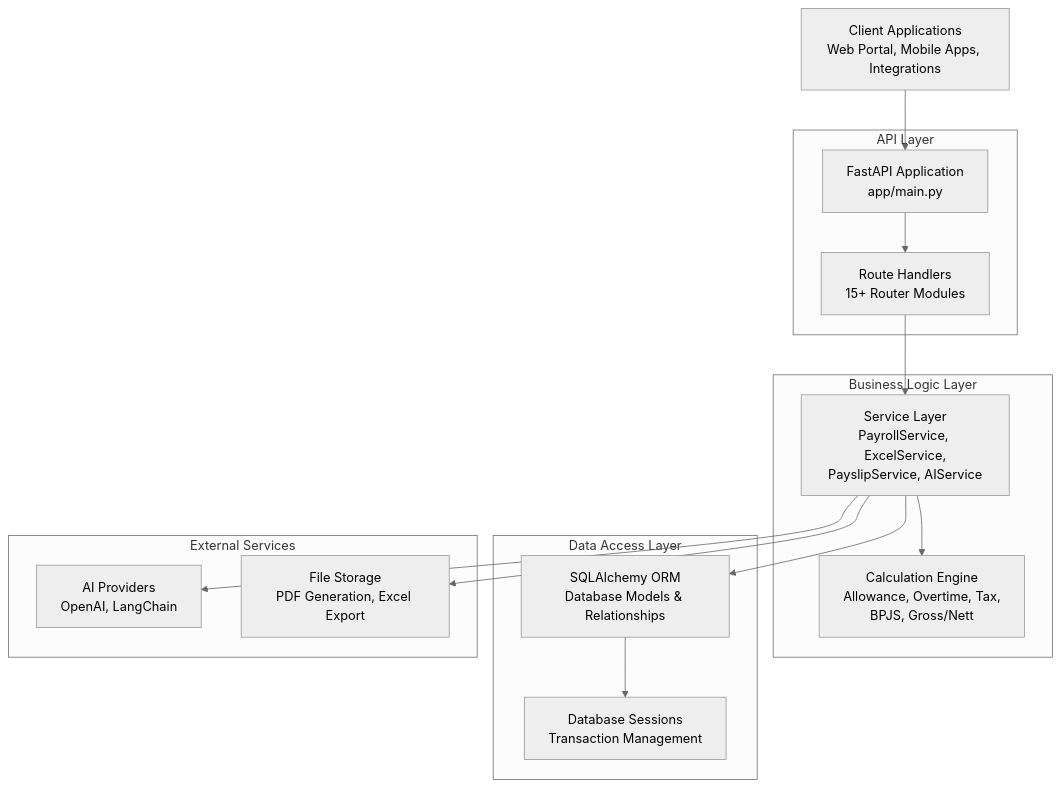
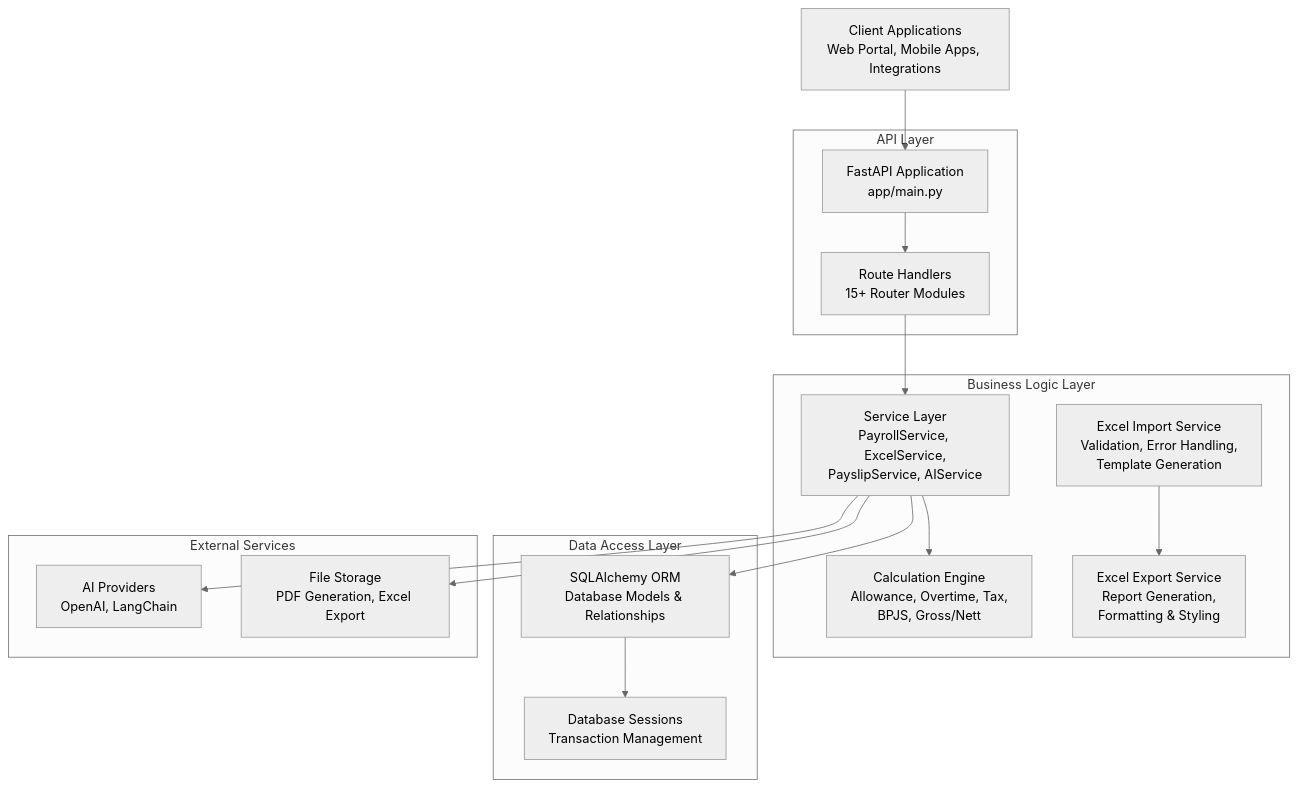
Before and after one commit to bikinaplikasipakeqoder-dot/payroll-hris: the second of 9 diagrams in .qoder/repowiki/en/content/API Reference.md, drawn with Mermaid (neutral theme). The commit also changed other lines of this file and 12 other files, not shown here.

````diff
--- a/.qoder/repowiki/en/content/API Reference.md
+++ b/.qoder/repowiki/en/content/API Reference.md
@@ -128,28 +132,31 @@
 ```mermaid
 graph TB
 Client["Client Applications<br/>Web Portal, Mobile Apps, Integrations"]
 subgraph "API Layer"
 MainApp["FastAPI Application<br/>app/main.py"]
 Routers["Route Handlers<br/>15+ Router Modules"]
 end
 subgraph "Business Logic Layer"
 Services["Service Layer<br/>PayrollService, ExcelService,<br/>PayslipService, AIService"]
 Calculations["Calculation Engine<br/>Allowance, Overtime, Tax,<br/>BPJS, Gross/Nett"]
+ExcelImport["Excel Import Service<br/>Validation, Error Handling,<br/>Template Generation"]
+ExcelExport["Excel Export Service<br/>Report Generation,<br/>Formatting & Styling"]
 end
 subgraph "Data Access Layer"
 Database["SQLAlchemy ORM<br/>Database Models & Relationships"]
 Sessions["Database Sessions<br/>Transaction Management"]
 end
 subgraph "External Services"
 AI["AI Providers<br/>OpenAI, LangChain"]
 Storage["File Storage<br/>PDF Generation, Excel Export"]
 end
 Client --> MainApp
 MainApp --> Routers
 Routers --> Services
 Services --> Calculations
 Services --> Database
 Database --> Sessions
 Services --> AI
 Services --> Storage
+ExcelImport --> ExcelExport
 ```
````
